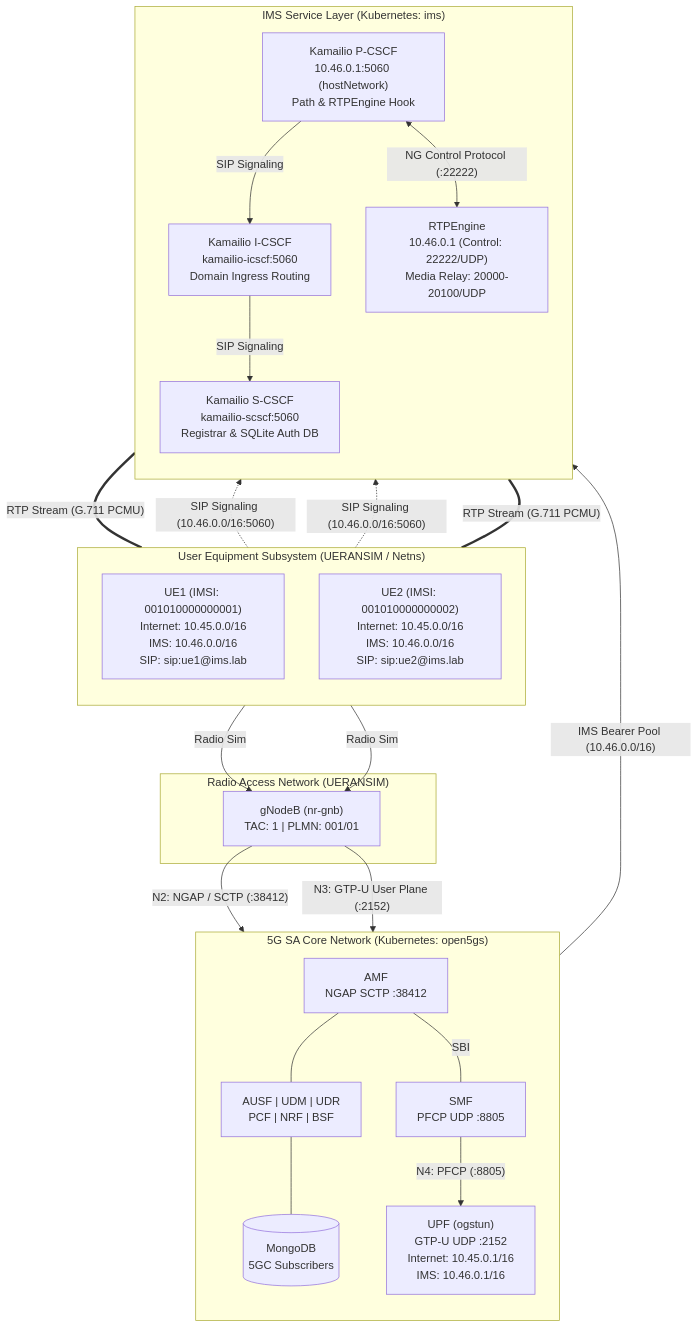
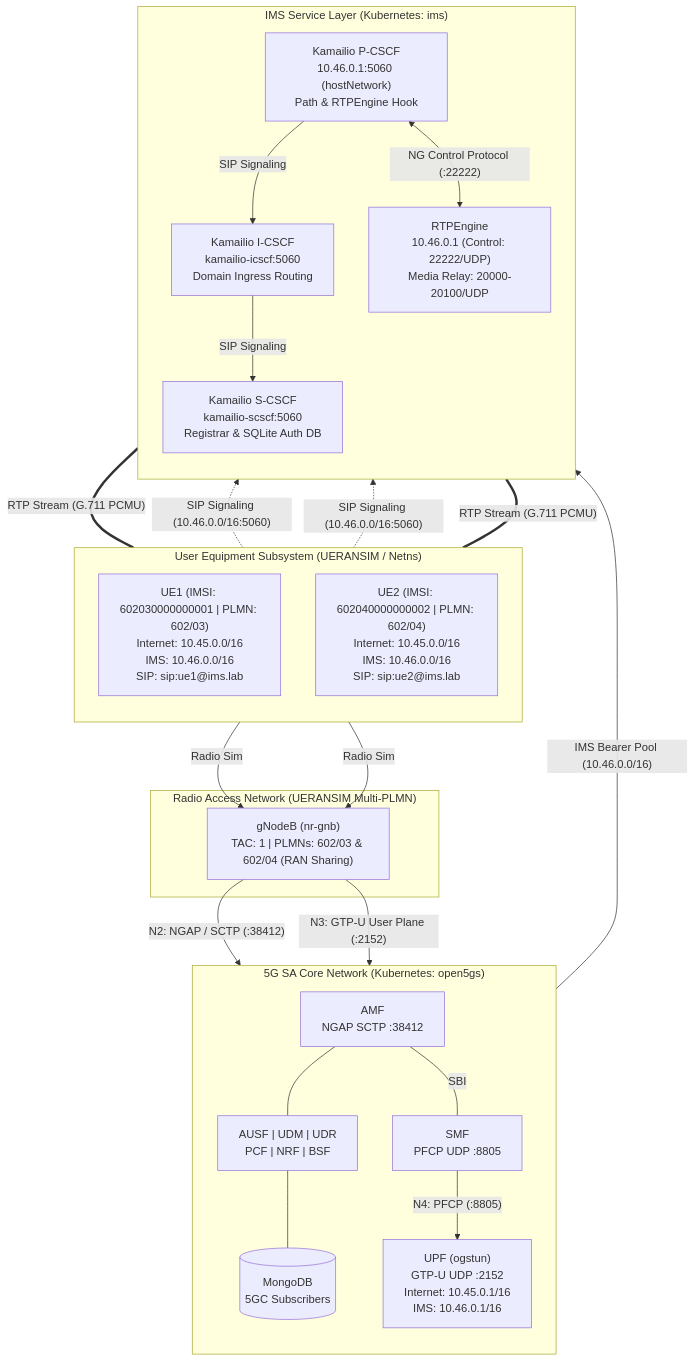
The diagram in docs/architecture/README.md (khattabpi/Open-Telecom-Lab), drawn with Mermaid before and after one commit. The commit also changed 24 other files, not shown here.

Commit message:
feat: migrate lab to multi-PLMN 5G SA and IMS

````diff
--- a/docs/architecture/README.md
+++ b/docs/architecture/README.md
@@ -15,51 +15,51 @@
 ```mermaid
 flowchart TB
     subgraph UE_NETNS["User Equipment Subsystem (UERANSIM / Netns)"]
         direction TB
-        UE1["UE1 (IMSI: 001010000000001)<br/>Internet: 10.45.0.0/16<br/>IMS: 10.46.0.0/16<br/>SIP: sip:ue1@ims.lab"]
-        UE2["UE2 (IMSI: 001010000000002)<br/>Internet: 10.45.0.0/16<br/>IMS: 10.46.0.0/16<br/>SIP: sip:ue2@ims.lab"]
+        UE1["UE1 (IMSI: 602030000000001 | PLMN: 602/03)<br/>Internet: 10.45.0.0/16<br/>IMS: 10.46.0.0/16<br/>SIP: sip:ue1@ims.lab"]
+        UE2["UE2 (IMSI: 602040000000002 | PLMN: 602/04)<br/>Internet: 10.45.0.0/16<br/>IMS: 10.46.0.0/16<br/>SIP: sip:ue2@ims.lab"]
     end
 
-    subgraph RAN["Radio Access Network (UERANSIM)"]
-        GNB["gNodeB (nr-gnb)<br/>TAC: 1 | PLMN: 001/01"]
+    subgraph RAN["Radio Access Network (UERANSIM Multi-PLMN)"]
+        GNB["gNodeB (nr-gnb)<br/>TAC: 1 | PLMNs: 602/03 & 602/04 (RAN Sharing)"]
     end
 
     subgraph K8S_5GC["5G SA Core Network (Kubernetes: open5gs)"]
         direction TB
         AMF["AMF<br/>NGAP SCTP :38412"]
         SMF["SMF<br/>PFCP UDP :8805"]
         UPF["UPF (ogstun)<br/>GTP-U UDP :2152<br/>Internet: 10.45.0.1/16<br/>IMS: 10.46.0.1/16"]
         CP_NF["AUSF | UDM | UDR<br/>PCF | NRF | BSF"]
         MONGO[("MongoDB<br/>5GC Subscribers")]
     end
 
     subgraph K8S_IMS["IMS Service Layer (Kubernetes: ims)"]
         direction TB
         PCSCF["Kamailio P-CSCF<br/>10.46.0.1:5060 (hostNetwork)<br/>Path & RTPEngine Hook"]
         ICSCF["Kamailio I-CSCF<br/>kamailio-icscf:5060<br/>Domain Ingress Routing"]
         SCSCF["Kamailio S-CSCF<br/>kamailio-scscf:5060<br/>Registrar & SQLite Auth DB"]
         RTPENG["RTPEngine<br/>10.46.0.1 (Control: 22222/UDP)<br/>Media Relay: 20000-20100/UDP"]
     end
 
     UE1 -->|"Radio Sim"| GNB
     UE2 -->|"Radio Sim"| GNB
 
     GNB -->|"N2: NGAP / SCTP (:38412)"| AMF
     GNB -->|"N3: GTP-U User Plane (:2152)"| UPF
 
     AMF --- CP_NF
     CP_NF --- MONGO
     AMF ---|"SBI"| SMF
     SMF -->|"N4: PFCP (:8805)"| UPF
 
     UPF -->|"IMS Bearer Pool (10.46.0.0/16)"| PCSCF
     PCSCF -->|"SIP Signaling"| ICSCF
     ICSCF -->|"SIP Signaling"| SCSCF
     PCSCF <-->|"NG Control Protocol (:22222)"| RTPENG
 
     UE1 -.->|"SIP Signaling (10.46.0.0/16:5060)"| PCSCF
     UE2 -.->|"SIP Signaling (10.46.0.0/16:5060)"| PCSCF
 
     UE1 ===|"RTP Stream (G.711 PCMU)"| RTPENG
     RTPENG ===|"RTP Stream (G.711 PCMU)"| UE2
 ```
````
